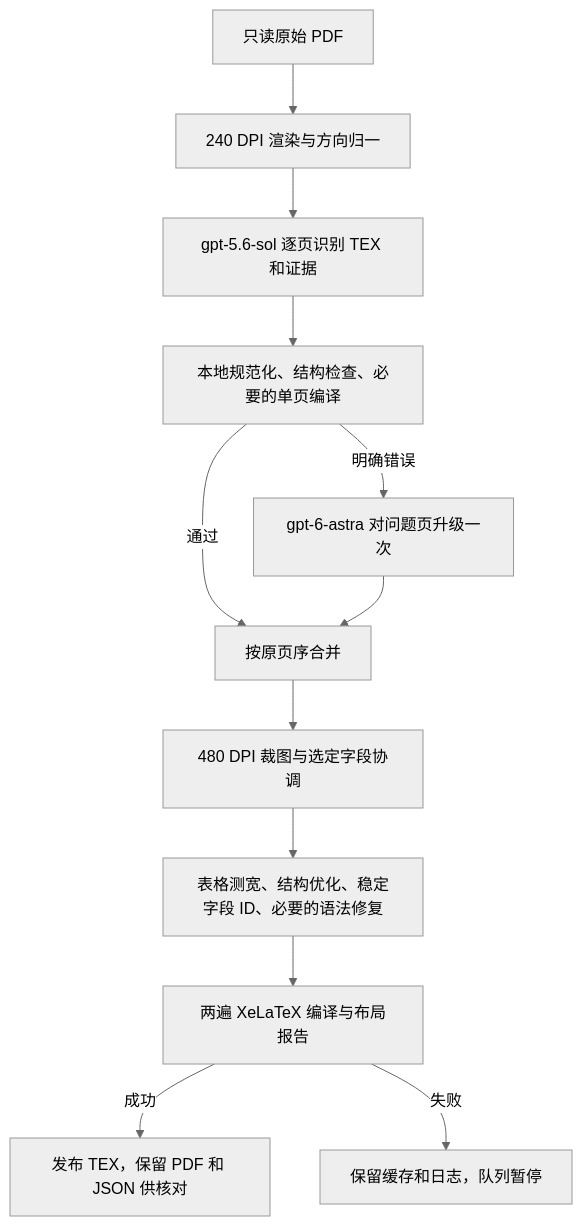
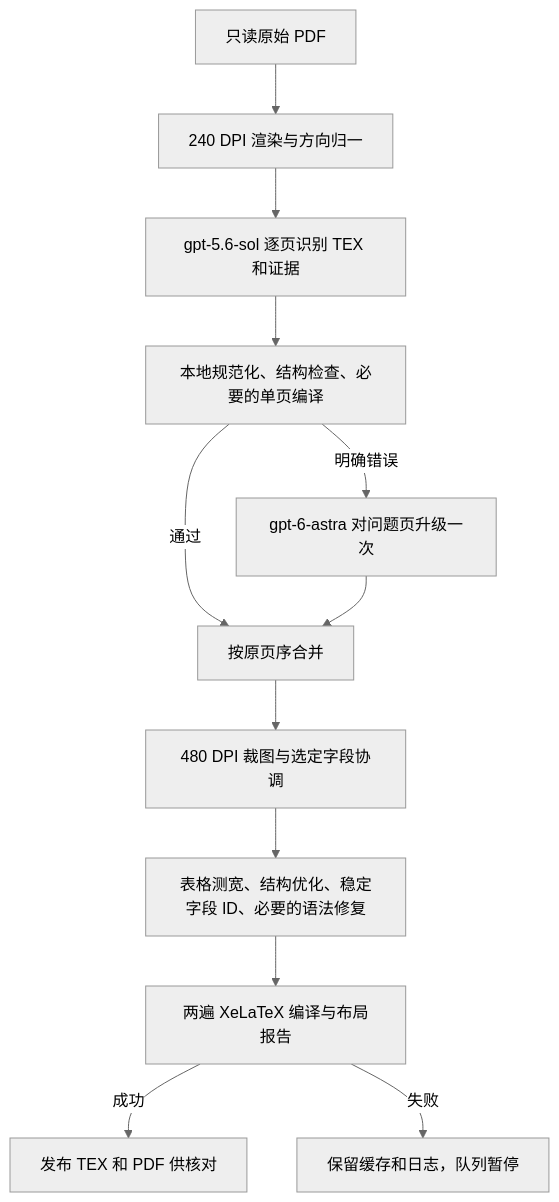
Before and after one commit to Maxrayyy/PDFToTex: the diagram in README.md, drawn with Mermaid (neutral theme). The commit also changed other lines of this file and 10 other files, not shown here.

````diff
--- a/README.md
+++ b/README.md
@@ -51,14 +51,14 @@
 ```mermaid
 flowchart TD
     A[只读原始 PDF] --> B[240 DPI 渲染与方向归一]
     B --> C[gpt-5.6-sol 逐页识别 TEX 和证据]
     C --> D[本地规范化、结构检查、必要的单页编译]
     D -->|通过| F[按原页序合并]
     D -->|明确错误| E[gpt-6-astra 对问题页升级一次]
     E --> F
     F --> G[480 DPI 裁图与选定字段协调]
     G --> H[表格测宽、结构优化、稳定字段 ID、必要的语法修复]
     H --> I[两遍 XeLaTeX 编译与布局报告]
-    I -->|成功| J[发布 TEX，保留 PDF 和 JSON 供核对]
+    I -->|成功| J[发布 TEX 和 PDF 供核对]
     I -->|失败| K[保留缓存和日志，队列暂停]
 ```
````
